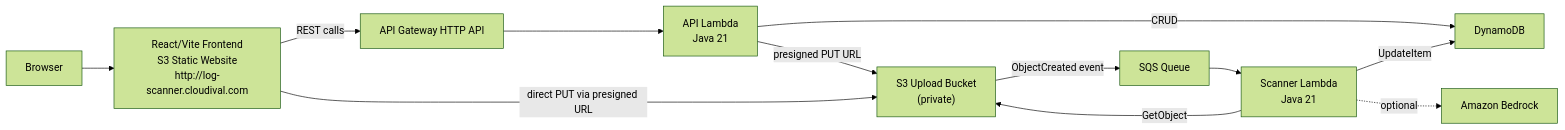
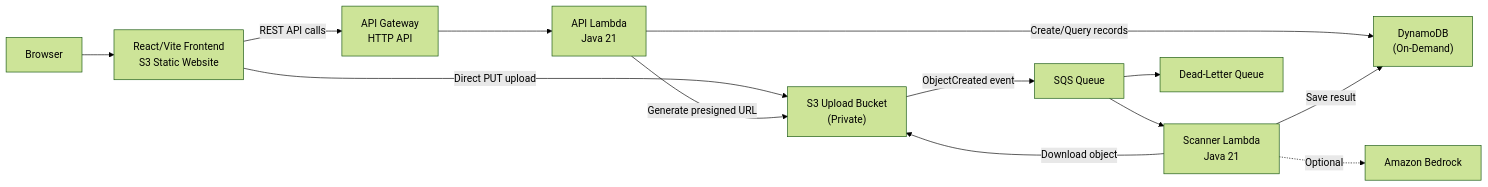
Before and after one commit to danglam0129/log-scanner-aws-hackathon: the diagram in README.md, drawn with Mermaid (forest theme). The commit also changed other lines of this file, not shown here.

````diff
--- a/README.md
+++ b/README.md
@@ -7,14 +20,15 @@
 ```mermaid
 flowchart LR
-    User["Browser"] --> FE["React/Vite Frontend<br/>S3 Static Website<br/>http://log-scanner.cloudival.com"]
-    FE -->|REST calls| APIGW["API Gateway HTTP API"]
-    FE -->|direct PUT via presigned URL| S3Upload["S3 Upload Bucket<br/>(private)"]
-    APIGW --> ApiLambda["API Lambda<br/>Java 21"]
-    ApiLambda -->|CRUD| DDB["DynamoDB"]
-    ApiLambda -->|presigned PUT URL| S3Upload
-    S3Upload -->|ObjectCreated event| SQS["SQS Queue"]
+    User["Browser"] --> FE["React/Vite Frontend<br/>S3 Static Website"]
+    FE -->|REST API calls| APIGW["API Gateway<br/>HTTP API"]
+    FE -->|Direct PUT upload| S3["S3 Upload Bucket<br/>(Private)"]
+    APIGW --> API["API Lambda<br/>Java 21"]
+    API -->|Create/Query records| DDB["DynamoDB<br/>(On-Demand)"]
+    API -->|Generate presigned URL| S3
+    S3 -->|ObjectCreated event| SQS["SQS Queue"]
     SQS --> Scanner["Scanner Lambda<br/>Java 21"]
-    Scanner -->|GetObject| S3Upload
-    Scanner -->|UpdateItem| DDB
-    Scanner -.->|optional| Bedrock["Amazon Bedrock"]
+    SQS --> DLQ["Dead-Letter Queue"]
+    Scanner -->|Download object| S3
+    Scanner -->|Save result| DDB
+    Scanner -.->|Optional| Bedrock["Amazon Bedrock"]
 ```
````
